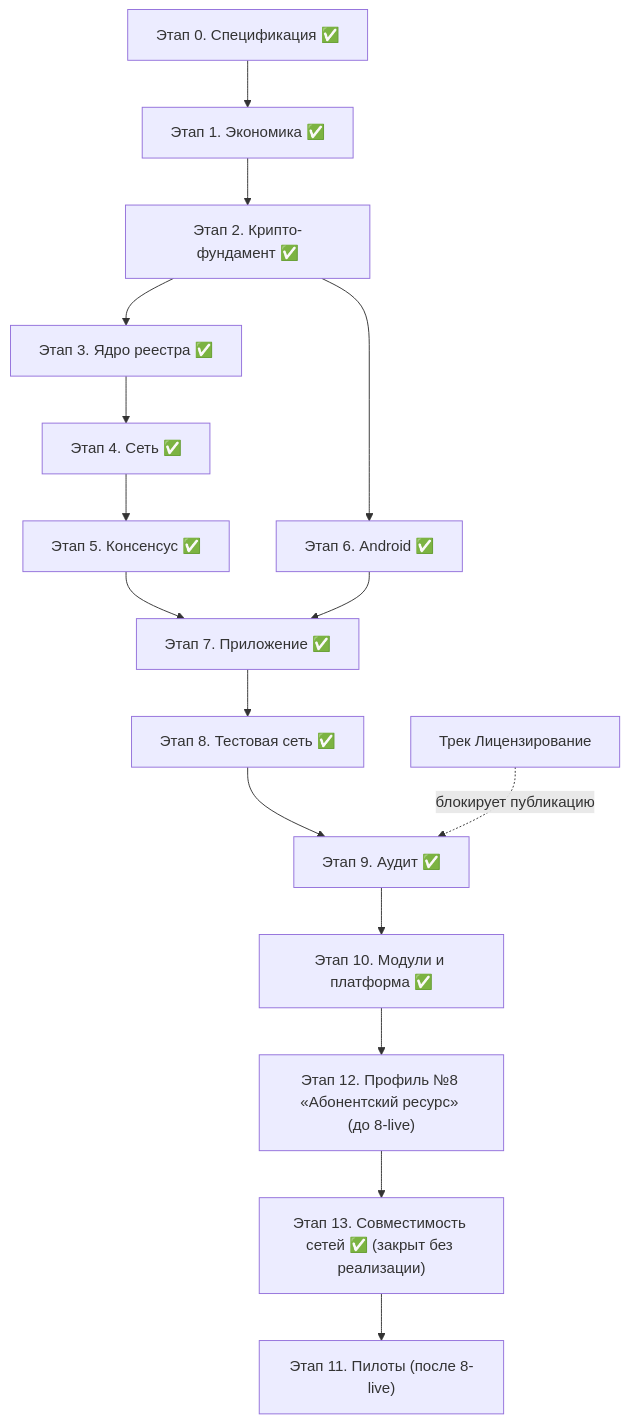
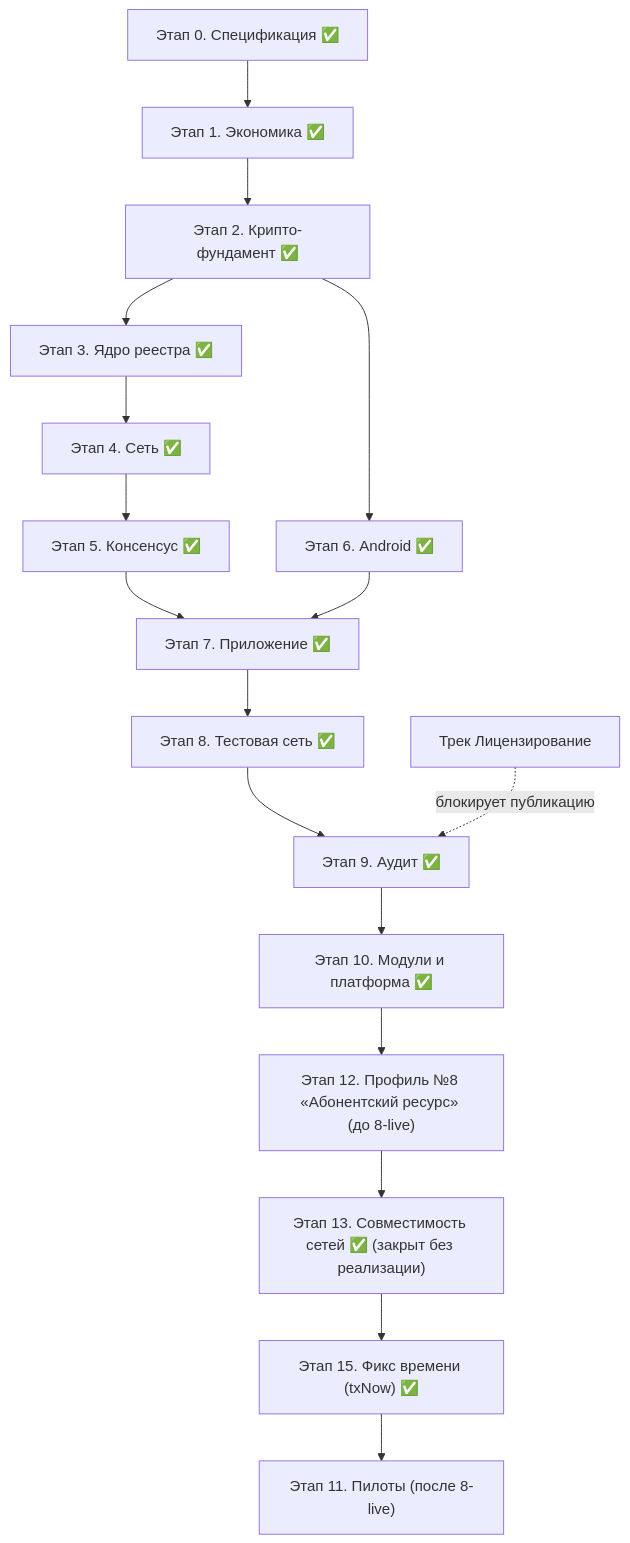
One commit to rumatakira74/equality-trust-networks changed the diagram in docs/development-plan.md. Above: the diagram before and after it, drawn with Mermaid. The commit also changed other lines of this file, not shown here.

Commit message:
план: этап 15 (фикс времени, txNow) ✅ — секция этапа, шапка, mermaid S15; merge cdb910d

````diff
--- a/docs/development-plan.md
+++ b/docs/development-plan.md
@@ -285,18 +298,19 @@
 ```mermaid
 flowchart TD
     S0["Этап 0. Спецификация ✅"] --> S1["Этап 1. Экономика ✅"]
     S1 --> S2["Этап 2. Крипто-фундамент ✅"]
     S2 --> S3["Этап 3. Ядро реестра ✅"]
     S3 --> S4["Этап 4. Сеть ✅"]
     S4 --> S5["Этап 5. Консенсус ✅"]
     S2 --> S6["Этап 6. Android ✅"]
     S5 --> S7["Этап 7. Приложение ✅"]
     S6 --> S7
     S7 --> S8["Этап 8. Тестовая сеть ✅"]
     S8 --> S9["Этап 9. Аудит ✅"]
     S9 --> S10["Этап 10. Модули и платформа ✅"]
     S10 --> S12["Этап 12. Профиль №8 «Абонентский ресурс» (до 8-live)"]
     S12 --> S13["Этап 13. Совместимость сетей ✅ (закрыт без реализации)"]
-    S13 --> S11["Этап 11. Пилоты (после 8-live)"]
+    S13 --> S15["Этап 15. Фикс времени (txNow) ✅"]
+    S15 --> S11["Этап 11. Пилоты (после 8-live)"]
     L["Трек Лицензирование"] -. "блокирует публикацию" .-> S9
 ```
````
